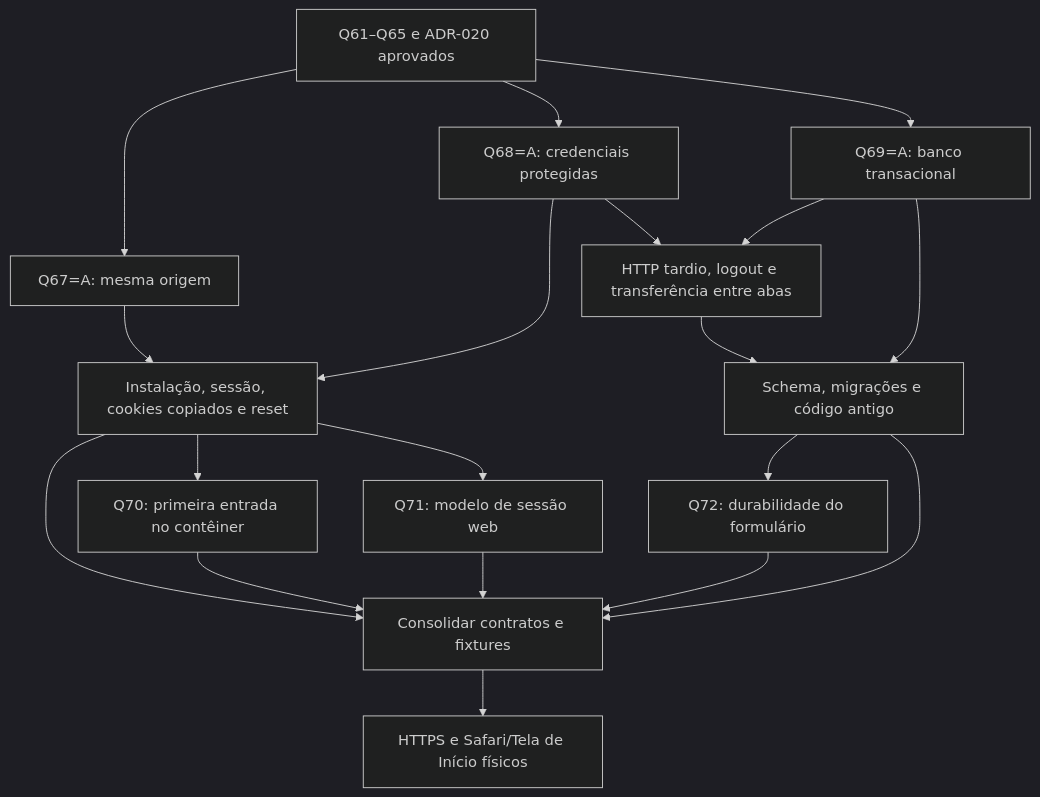
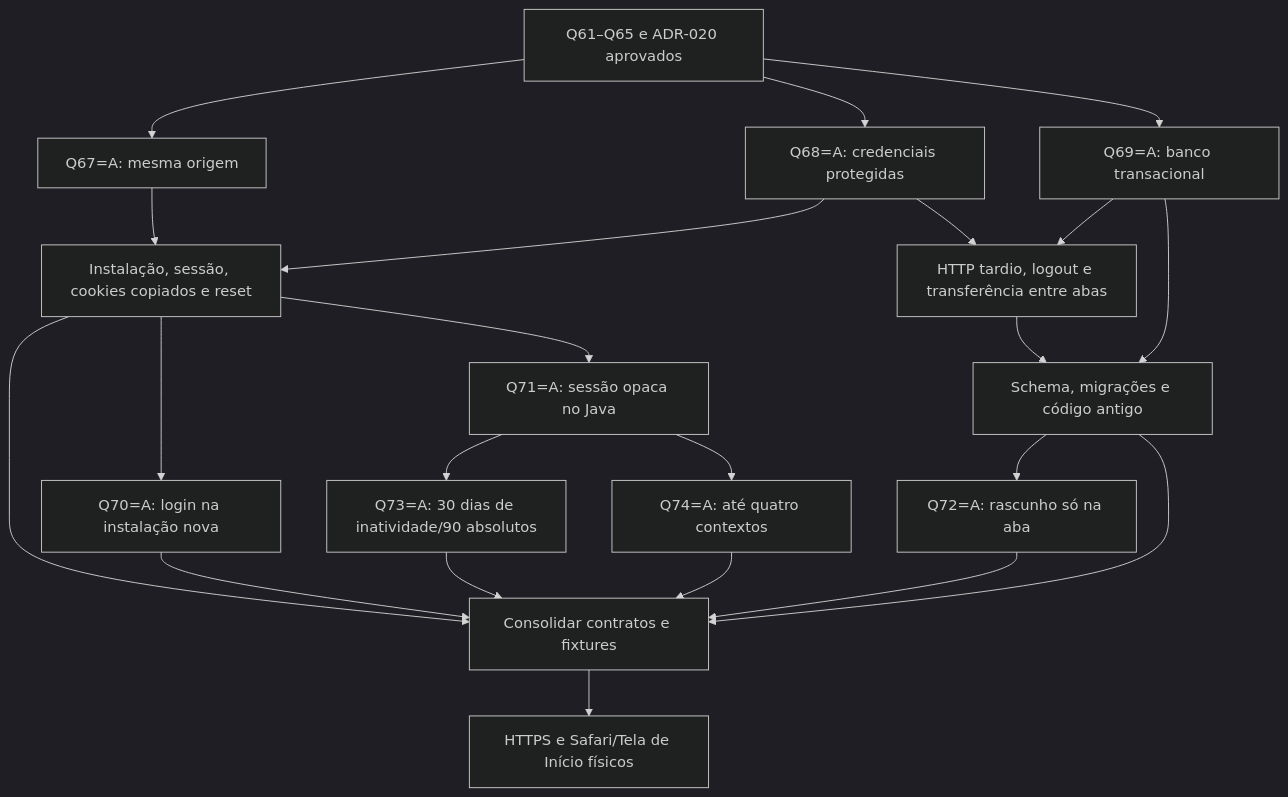
One commit to pedrohrsantos01/AssistentePessoal changed the diagram in .scratch/pwa-m1/entrevista.md. Above: the diagram before and after it, drawn with Mermaid (dark theme). The commit also changed other lines of this file and 9 other files, not shown here.

First line of the commit message:
docs(pwa): consolida sessão opaca e recuperação

````diff
--- a/.scratch/pwa-m1/entrevista.md
+++ b/.scratch/pwa-m1/entrevista.md
@@ -23,21 +23,24 @@
 ```mermaid
 flowchart TD
   Base["Q61–Q65 e ADR-020 aprovados"] --> Origem["Q67=A: mesma origem"]
   Base --> Credenciais["Q68=A: credenciais protegidas"]
   Base --> Banco["Q69=A: banco transacional"]
   Origem --> Sessao["Instalação, sessão, cookies copiados e reset"]
   Credenciais --> Sessao
   Credenciais --> Concorrencia["HTTP tardio, logout e transferência entre abas"]
   Banco --> Concorrencia
   Banco --> Upgrade["Schema, migrações e código antigo"]
   Concorrencia --> Upgrade
   Sessao --> Contratos["Consolidar contratos e fixtures"]
-  Sessao --> Entrada["Q70: primeira entrada no contêiner"]
-  Sessao --> Modelo["Q71: modelo de sessão web"]
-  Upgrade --> Rascunho["Q72: durabilidade do formulário"]
+  Sessao --> Entrada["Q70=A: login na instalação nova"]
+  Sessao --> Modelo["Q71=A: sessão opaca no Java"]
+  Upgrade --> Rascunho["Q72=A: rascunho só na aba"]
   Entrada --> Contratos
-  Modelo --> Contratos
+  Modelo --> Validade["Q73=A: 30 dias de inatividade/90 absolutos"]
+  Modelo --> Contextos["Q74=A: até quatro contextos"]
+  Validade --> Contratos
+  Contextos --> Contratos
   Rascunho --> Contratos
   Upgrade --> Contratos
   Contratos --> Prova["HTTPS e Safari/Tela de Início físicos"]
 ```
````
